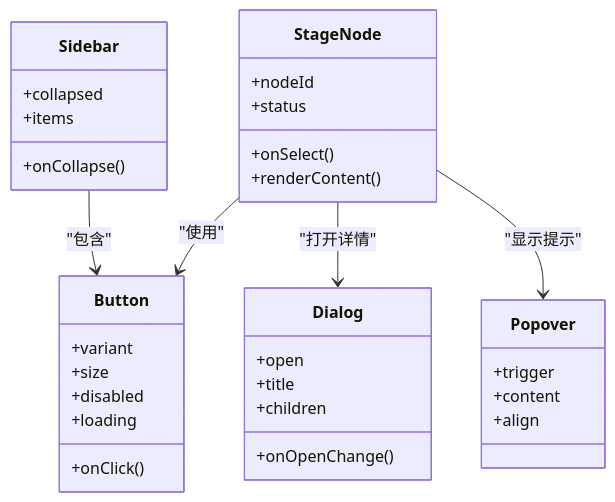
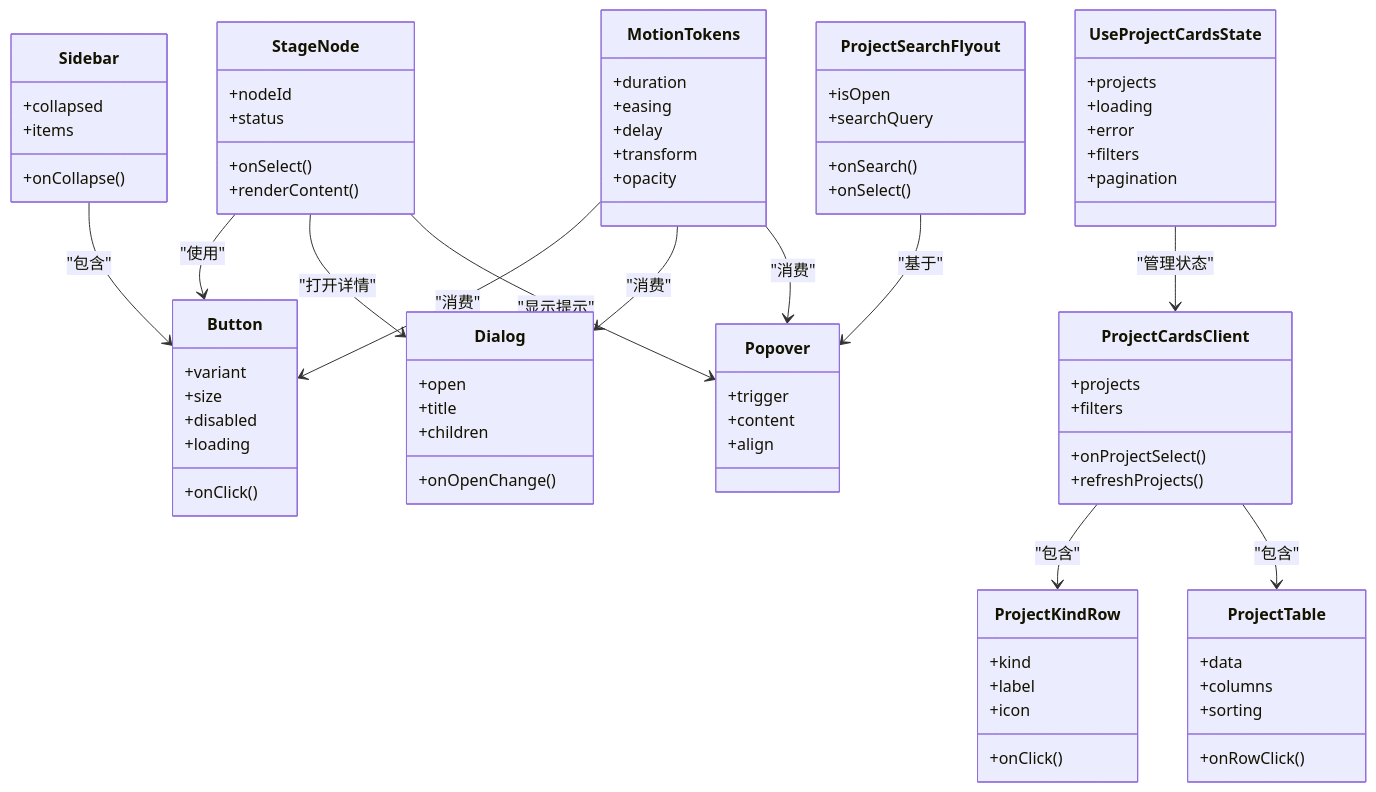
Before and after one commit to scottcwy/PurpleInk: the second of 8 diagrams in .qoder/repowiki/zh/content/前端架构/组件系统/组件系统.md, drawn with Mermaid. The commit also changed other lines of this file and 23 other files, not shown here.

````diff
--- a/.qoder/repowiki/zh/content/前端架构/组件系统/组件系统.md
+++ b/.qoder/repowiki/zh/content/前端架构/组件系统/组件系统.md
@@ -142,36 +174,81 @@
 ```mermaid
 classDiagram
 class Button {
 +variant
 +size
 +disabled
 +loading
 +onClick()
 }
 class Dialog {
 +open
 +onOpenChange()
 +title
 +children
 }
 class Popover {
 +trigger
 +content
 +align
 }
 class Sidebar {
 +collapsed
 +onCollapse()
 +items
 }
 class StageNode {
 +nodeId
 +status
 +onSelect()
 +renderContent()
 }
+class ProjectCardsClient {
++projects
++filters
++onProjectSelect()
++refreshProjects()
+}
+class ProjectKindRow {
++kind
++label
++icon
++onClick()
+}
+class ProjectTable {
++data
++columns
++onRowClick()
++sorting
+}
+class ProjectSearchFlyout {
++isOpen
++searchQuery
++onSearch()
++onSelect()
+}
+class UseProjectCardsState {
++projects
++loading
++error
++filters
++pagination
+}
+class MotionTokens {
++duration
++easing
++delay
++transform
++opacity
+}
 StageNode --> Button : "使用"
 StageNode --> Dialog : "打开详情"
 StageNode --> Popover : "显示提示"
 Sidebar --> Button : "包含"
+ProjectCardsClient --> ProjectKindRow : "包含"
+ProjectCardsClient --> ProjectTable : "包含"
+ProjectSearchFlyout --> Popover : "基于"
+UseProjectCardsState --> ProjectCardsClient : "管理状态"
+MotionTokens --> Button : "消费"
+MotionTokens --> Dialog : "消费"
+MotionTokens --> Popover : "消费"
 ```
````
